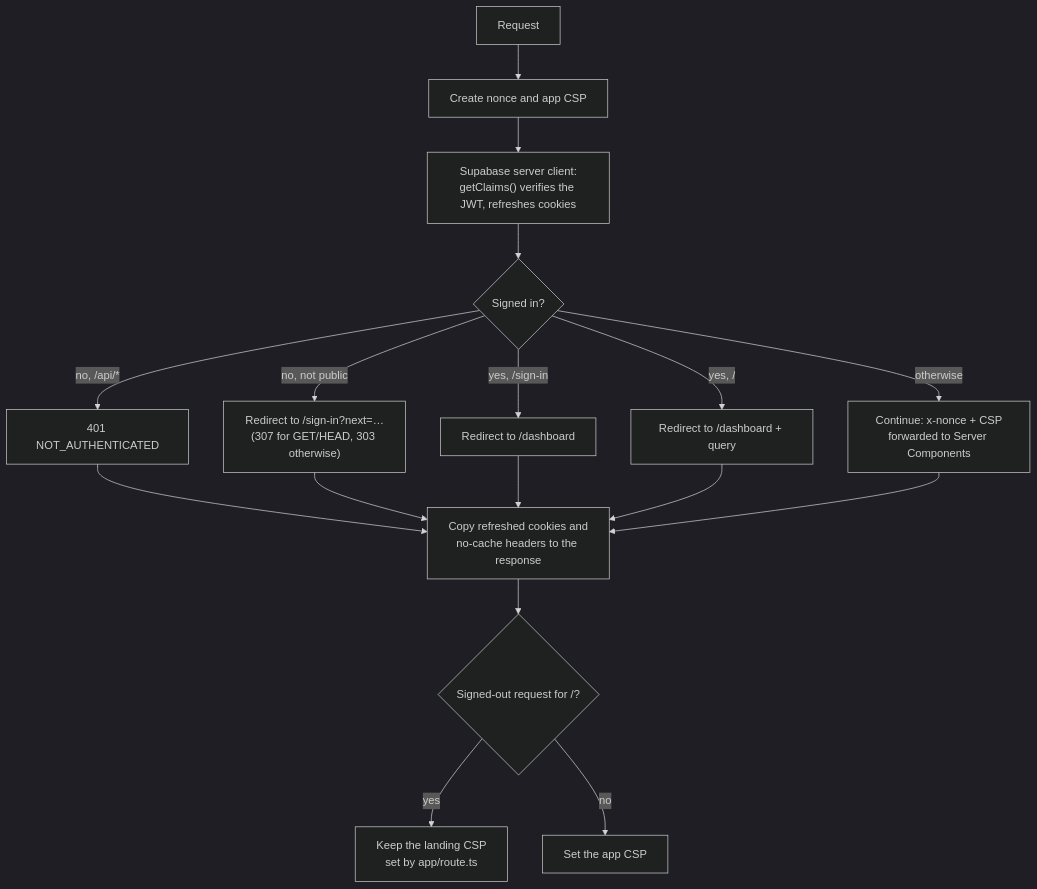
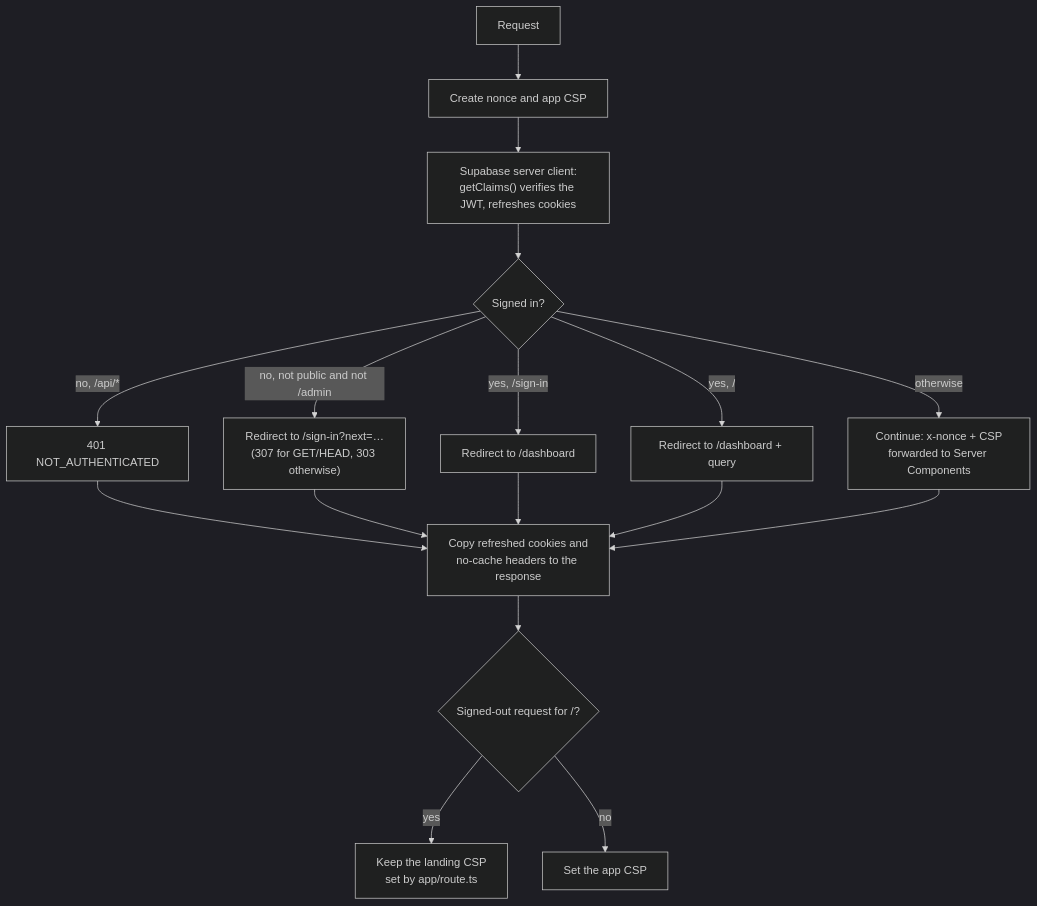
One commit to vbenedito/careeros changed the diagram in docs/architecture/web.md. Above: the diagram before and after it, drawn with Mermaid (dark theme). The commit also changed other lines of this file and 28 other files, not shown here.

````diff
--- a/docs/architecture/web.md
+++ b/docs/architecture/web.md
@@ -36,19 +37,19 @@
 ```mermaid
 flowchart TD
   R["Request"] --> N["Create nonce and app CSP"]
   N --> C["Supabase server client:<br/>getClaims() verifies the JWT, refreshes cookies"]
   C --> Q{"Signed in?"}
   Q -- "no, /api/*" --> A401["401 NOT_AUTHENTICATED"]
-  Q -- "no, not public" --> RS["Redirect to /sign-in?next=…<br/>(307 for GET/HEAD, 303 otherwise)"]
+  Q -- "no, not public and not /admin" --> RS["Redirect to /sign-in?next=…<br/>(307 for GET/HEAD, 303 otherwise)"]
   Q -- "yes, /sign-in" --> RD["Redirect to /dashboard"]
   Q -- "yes, /" --> RD2["Redirect to /dashboard + query"]
   Q -- "otherwise" --> NX["Continue: x-nonce + CSP<br/>forwarded to Server Components"]
   A401 --> H["Copy refreshed cookies and<br/>no-cache headers to the response"]
   RS --> H
   RD --> H
   RD2 --> H
   NX --> H
   H --> L{"Signed-out request for /?"}
   L -- "yes" --> LC["Keep the landing CSP<br/>set by app/route.ts"]
   L -- "no" --> AC["Set the app CSP"]
 ```
````
